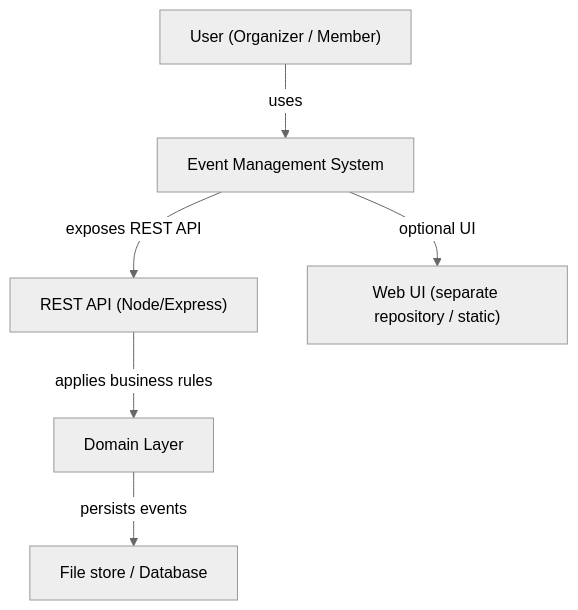
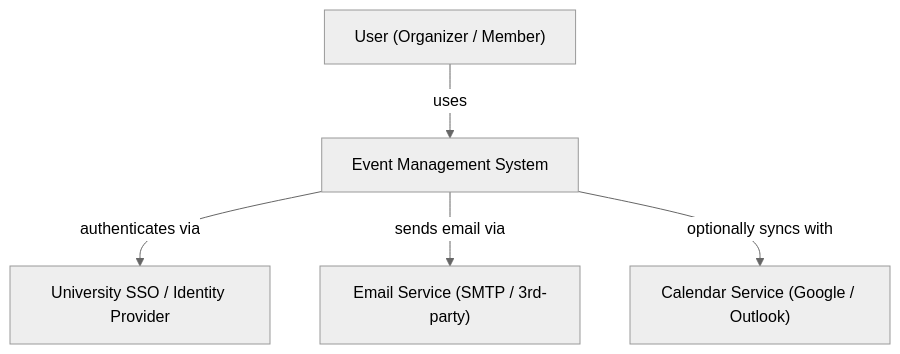
One commit to JMorency13/cen5064-project-morency changed the first of 4 diagrams in README.md. Above: the diagram before and after it, drawn with Mermaid (neutral theme). The commit also changed other lines of this file, not shown here.

Commit message:
Updated C4 - Context & Container diagrams

````diff
--- a/README.md
+++ b/README.md
@@ -45,8 +45,7 @@
 ```mermaid
 flowchart TB
   user["User (Organizer / Member)"] -->|uses| system["Event Management System"]
-  system -->|exposes REST API| api["REST API (Node/Express)"]
-  api -->|applies business rules| domain["Domain Layer"]
-  domain -->|persists events| store["File store / Database"]
-  system -->|optional UI| ui["Web UI (separate repository / static)"]
+  system -->|authenticates via| auth["University SSO / Identity Provider"]
+  system -->|sends email via| email["Email Service (SMTP / 3rd-party)"]
+  system -->|optionally syncs with| calendar["Calendar Service (Google / Outlook)"]
 ```
````
